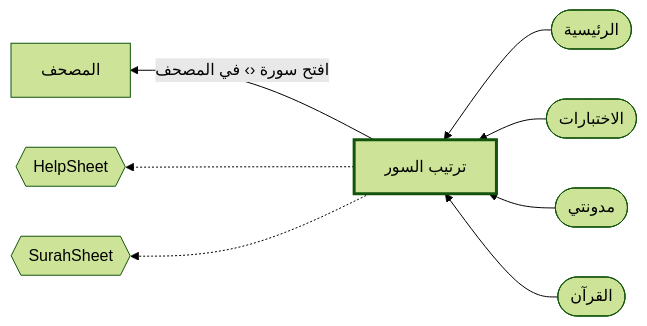
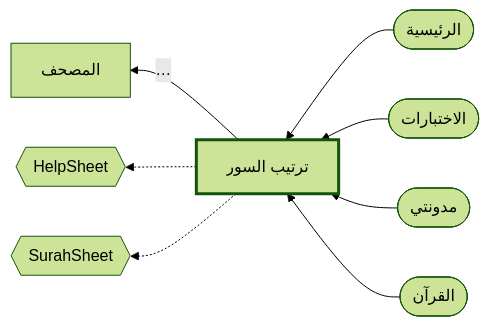
The diagram in docs/feature-map/order.md (msskzx/namaq), drawn with Mermaid (forest theme) before and after one commit. The commit also changed other lines of this file and 24 other files, not shown here.

````diff
--- a/docs/feature-map/order.md
+++ b/docs/feature-map/order.md
@@ -5,12 +5,12 @@
 ```mermaid
 flowchart RL
   me["ترتيب السور"]
   style me stroke-width:3px
   in0(["الرئيسية"]) --> me
   in1(["الاختبارات"]) --> me
   in2(["مدونتي"]) --> me
   in3(["القرآن"]) --> me
-  me -- "افتح سورة ‹› في المصحف" --> out0["المصحف"]
+  me -- "…" --> out0["المصحف"]
   me -.-> sheet0{{"HelpSheet"}}
   me -.-> sheet1{{"SurahSheet"}}
 ```
````
